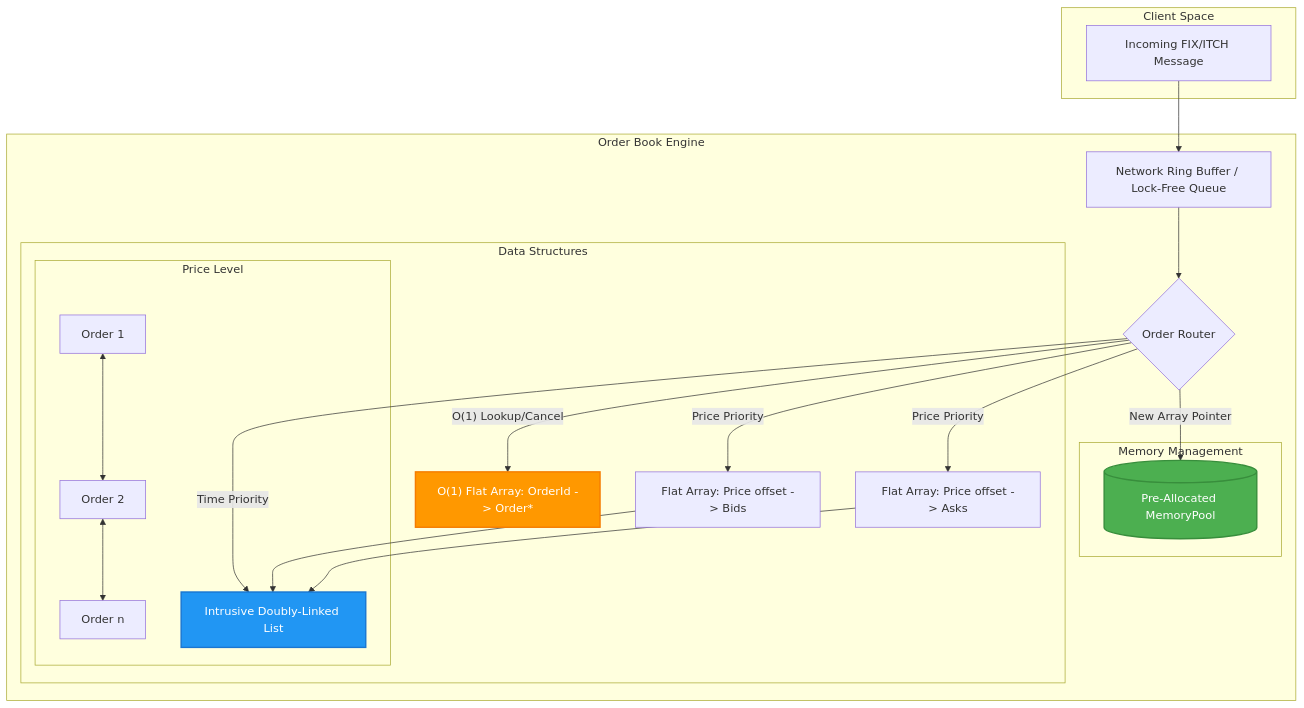
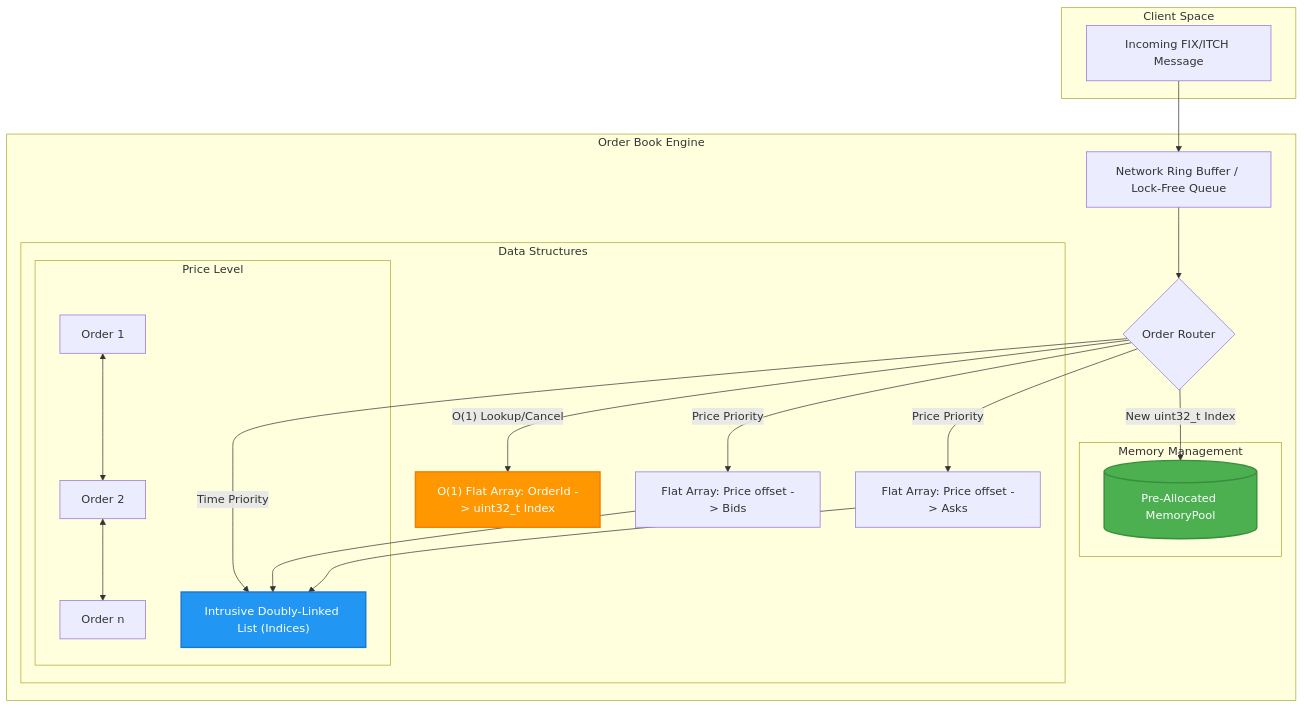
Before and after one commit to Komal-ai417/hft-matching-engine: the diagram in README.md, drawn with Mermaid. The commit also changed other lines of this file and 17 other files, not shown here.

````diff
--- a/README.md
+++ b/README.md
@@ -13,45 +13,45 @@
 ```mermaid
 graph TD
     subgraph Client Space
         A["Incoming FIX/ITCH Message"]
     end
 
     subgraph Order Book Engine
         B["Network Ring Buffer / Lock-Free Queue"]
         C{"Order Router"}
         
         subgraph Memory Management
             P[("Pre-Allocated MemoryPool")]
         end
         
         subgraph Data Structures
-            M["O(1) Flat Array: OrderId -> Order*"]
+            M["O(1) Flat Array: OrderId -> uint32_t Index"]
             Tree["Flat Array: Price offset -> Bids"]
             Tree2["Flat Array: Price offset -> Asks"]
             
             subgraph Price Level
-                L["Intrusive Doubly-Linked List"]
+                L["Intrusive Doubly-Linked List (Indices)"]
                 O1["Order 1"]
                 O2["Order 2"]
                 O3["Order n"]
                 O1 <--> O2
                 O2 <--> O3
             end
         end
 
-        C --> |"New Array Pointer"| P
+        C --> |"New uint32_t Index"| P
         C --> |"O(1) Lookup/Cancel"| M
         C --> |"Time Priority"| L
         C --> |"Price Priority"| Tree
         C --> |"Price Priority"| Tree2
         Tree --> L
         Tree2 --> L
     end
 
     A --> B
     B --> C
     
     style P fill:#4CAF50,stroke:#388E3C,stroke-width:2px,color:#fff
     style L fill:#2196F3,stroke:#1976D2,stroke-width:2px,color:#fff
     style M fill:#FF9800,stroke:#F57C00,stroke-width:2px,color:#fff
 ```
````
